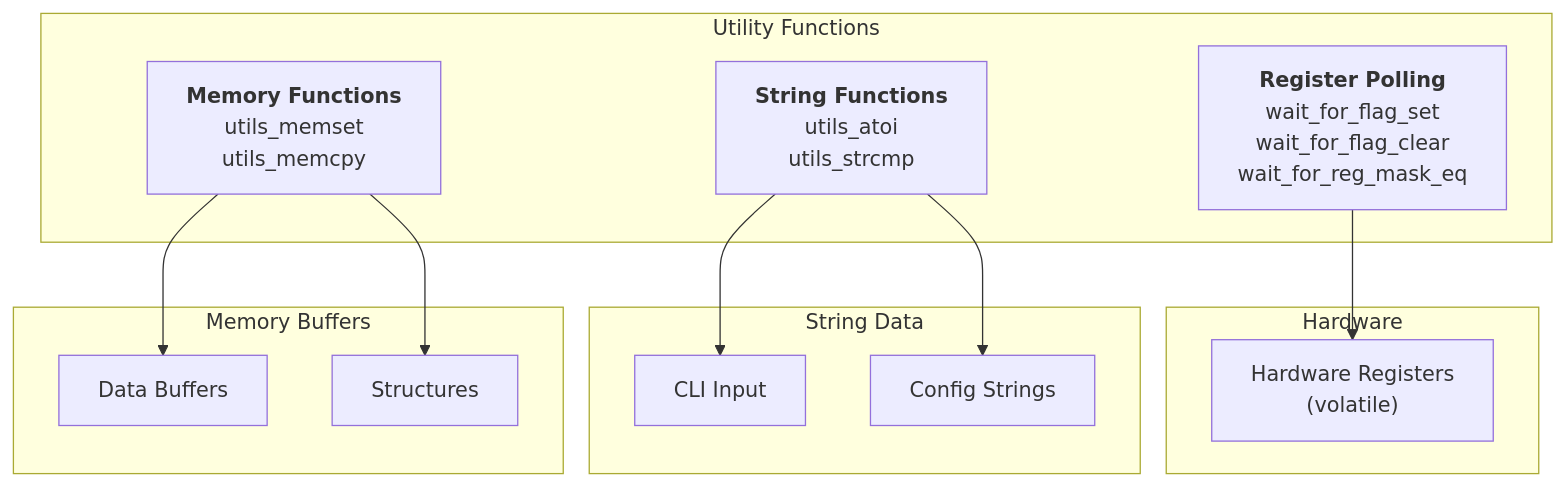
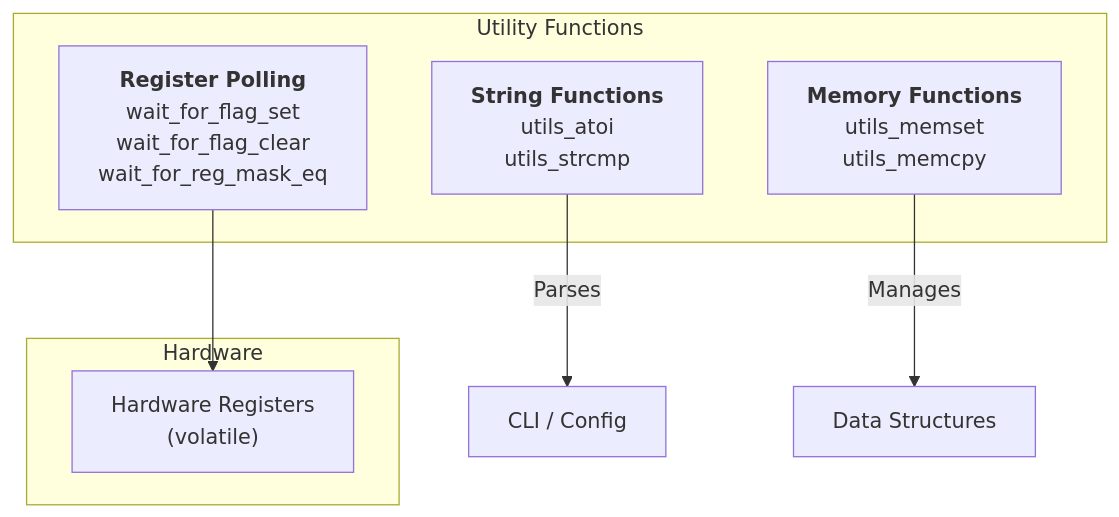
The diagram in docs/kernel/utils.md (sabarioded/soRTOS), drawn with Mermaid before and after one commit. The commit also changed other lines of this file, not shown here.

````diff
--- a/docs/kernel/utils.md
+++ b/docs/kernel/utils.md
@@ -46,28 +27,16 @@
 ```mermaid
 graph TD
     subgraph Utils[Utility Functions]
         RegPoll["<b>Register Polling</b><br/>wait_for_flag_set<br/>wait_for_flag_clear<br/>wait_for_reg_mask_eq"]
         String["<b>String Functions</b><br/>utils_atoi<br/>utils_strcmp"]
         Memory["<b>Memory Functions</b><br/>utils_memset<br/>utils_memcpy"]
     end
 
     subgraph Hardware[Hardware]
         Registers["Hardware Registers<br/>(volatile)"]
     end
 
-    subgraph Strings[String Data]
-        CLI_Input["CLI Input"]
-        Config["Config Strings"]
-    end
-
-    subgraph Buffers[Memory Buffers]
-        Data["Data Buffers"]
-        Structs["Structures"]
-    end
-
     RegPoll --> Registers
-    String --> CLI_Input
-    String --> Config
-    Memory --> Data
-    Memory --> Structs
+    String -->|Parses| CLI_Input["CLI / Config"]
+    Memory -->|Manages| Buffers["Data Structures"]
 ```
````
